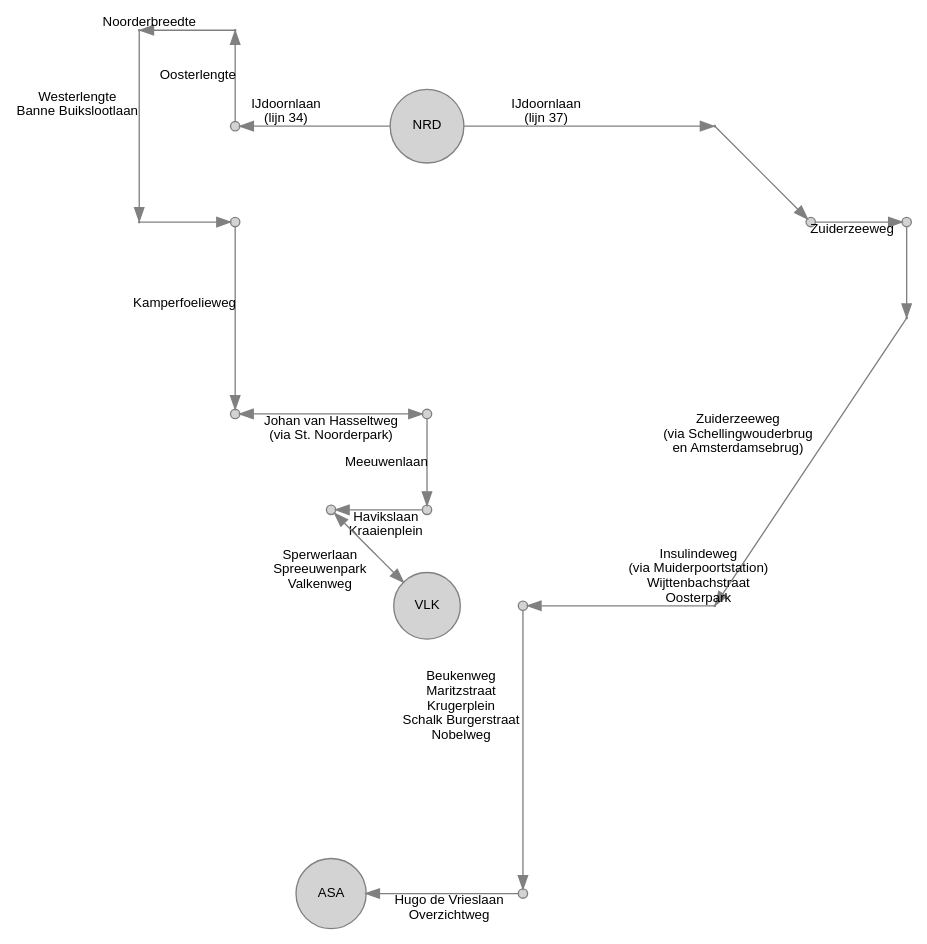
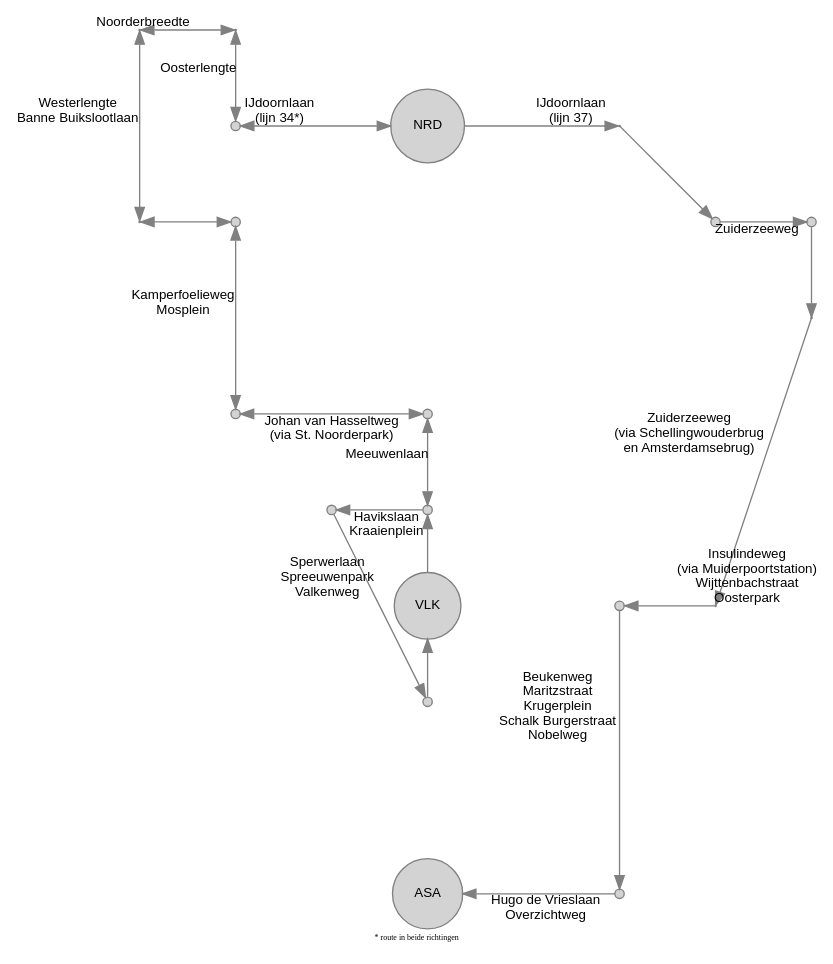
One commit to JacekPardyak/bus changed the diagram in gvb/NRD.gv. Above: the diagram before and after it, drawn with Graphviz. The commit also changed 24 other files, not shown here.

```diff
--- a/gvb/NRD.gv
+++ b/gvb/NRD.gv
@@ -1,72 +1,80 @@
 digraph G {
   layout = neato
   node [shape = circle, style = filled, fillcolor = lightgray, color=gray, height=0.1, label = "", fontsize = 10, fontname = "Arial"]
   edge [color=gray, fontsize = 10, fontname = "Arial"]
 
   3400 [pos = " 1, 0!", label = "NRD"]
   3401 [pos = "-1, 0!"]
   3402 [pos = "-1, 1!", height=0.01]
   3403 [pos = "-2, 1!", height=0.01]
   3404 [pos = "-2,-1!", height=0.01]
   3405 [pos = "-1,-1!"]
   3406 [pos = "-1,-3!"]
   3407 [pos = " 1,-3!"]
   3408 [pos = " 1,-4!"]
   3409 [pos = " 0,-4!"]
-  3410 [pos = " 1,-5!", label = "VLK"]
+  3410 [pos = " 1,-6!"]
+  3411 [pos = " 1,-5!", label = "VLK"]
 
 
-  3701 [pos = " 4, 0!", height=0.01]
-  3702 [pos = " 5, -1!"]
-  3703 [pos = " 6, -1!"]
-  3704 [pos = " 6, -2!", height=0.01]
+  3701 [pos = " 3, 0!", height=0.01]
+  3702 [pos = " 4, -1!"]
+  3703 [pos = " 5, -1!"]
+  3704 [pos = " 5, -2!", height=0.01]
   3705 [pos = " 4, -5!", height=0.01]
-  3709 [pos = " 2, -5!"]
-  3707 [pos = " 2, -8!"]
-  3708 [pos = " 0, -8!", label = "ASA"]  
+  3709 [pos = " 3, -5!"]
+  3707 [pos = " 3, -8!"]
+  3708 [pos = " 1, -8!", label = "ASA"]  
   
-  3400 -> 3401 [label = "IJdoornlaan 
- (lijn 34)"]
-  3401 -> 3402 [label = "Oosterlengte"]
-  3402 -> 3403 [label = "Noorderbreedte"]
-  3403 -> 3404 [label = "Westerlengte 
+  3400 -> 3401 [dir = both, label = "IJdoornlaan 
+ (lijn 34*)"]
+  3401 -> 3402 [dir = both, label = "Oosterlengte"]
+  3402 -> 3403 [dir = both, label = "Noorderbreedte"]
+  3403 -> 3404 [dir = both, label = "Westerlengte 
  Banne Buikslootlaan"]
-  3404 -> 3405 [label = ""]
-  3405 -> 3406 [label = "Kamperfoelieweg"]
-  3406 -> 3407 [dir = "both", label = "Johan van Hasseltweg 
+  3404 -> 3405 [dir = both, label = ""]
+  3405 -> 3406 [dir = both, label = "Kamperfoelieweg 
+ Mosplein"]
+  3406 -> 3407 [dir = both, label = "Johan van Hasseltweg 
  (via St. Noorderpark)"]
-  3407 -> 3408 [label = "Meeuwenlaan"]
+  3407 -> 3408 [dir = both, label = "Meeuwenlaan"]
   3408 -> 3409 [label = "Havikslaan 
  Kraaienplein"]
-  3409 -> 3410 [dir = "both", label = "Sperwerlaan 
+  3409 -> 3410 [label = "Sperwerlaan 
  Spreeuwenpark 
  Valkenweg"]
 
+  3410 -> 3411 [label = ""]
+  3411 -> 3408 [label = ""]
+ 
   3400 -> 3701 [label = "IJdoornlaan 
  (lijn 37)"]
 
   3701 -> 3702 [label = ""]
   3702 -> 3703 [label = "Zuiderzeeweg"]
   3703 -> 3704 [label = ""]
   
   3704 -> 3705 [label = "Zuiderzeeweg 
  (via Schellingwouderbrug 
  en Amsterdamsebrug) 
 "]
 
   3705 -> 3709 [label = "Insulindeweg 
  (via Muiderpoortstation)
  Wijttenbachstraat 
  Oosterpark "]
   
   3709 -> 3707 [label = "
 Beukenweg 
  Maritzstraat 
  Krugerplein 
  Schalk Burgerstraat 
  Nobelweg"]
   3707 -> 3708 [label = "Hugo de Vrieslaan 
  Overzichtweg"]
 
+  labelloc="b"
+  label="* route in beide richtingen"
+  fontsize=6
 
 }
```
